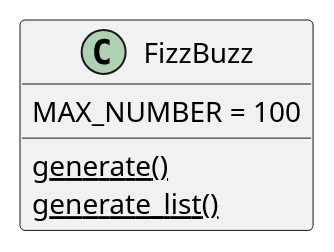
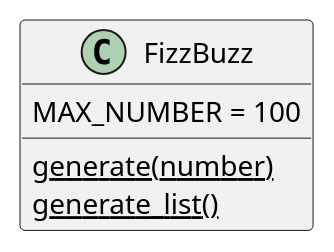
One commit to hiroshima-arc/tdd_rb changed the fourth of 42 diagrams in docs/src/article/episode_3.adoc. Above: the diagram before and after it, drawn with PlantUML. The commit also changed other lines of this file and 17 other files, not shown here.

```diff
--- a/docs/src/article/episode_3.adoc
+++ b/docs/src/article/episode_3.adoc
@@ -1116,8 +1116,8 @@
 [plantuml]
 ----
 class FizzBuzz {
     MAX_NUMBER = 100
-    {static} generate()
+    {static} generate(number)
     {static} generate_list()
 }
 ----
```
